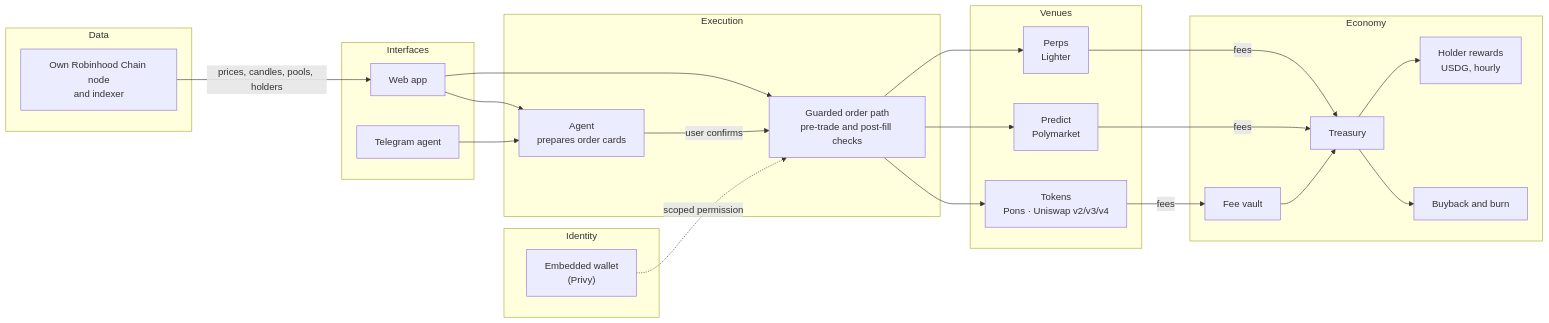
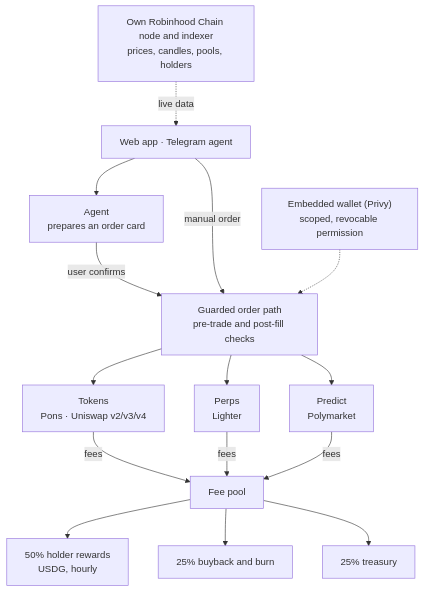
One commit to TryOnagi/onagi changed the diagram in README.md. Above: the diagram before and after it, drawn with Mermaid.

Commit message:
Make the architecture diagram vertical

````diff
--- a/README.md
+++ b/README.md
@@ -147,44 +147,24 @@
 ```mermaid
-flowchart LR
-    subgraph Interfaces
-        WEB["Web app"]
-        TG["Telegram agent"]
-    end
-    subgraph Identity
-        W["Embedded wallet<br/>(Privy)"]
-    end
-    subgraph Execution
-        AG["Agent<br/>prepares order cards"]
-        GU["Guarded order path<br/>pre-trade and post-fill checks"]
-    end
-    subgraph Venues
-        TK["Tokens<br/>Pons · Uniswap v2/v3/v4"]
-        PP["Perps<br/>Lighter"]
-        PR["Predict<br/>Polymarket"]
-    end
-    subgraph Data
-        NODE["Own Robinhood Chain node<br/>and indexer"]
-    end
-    subgraph Economy
-        FV["Fee vault"]
-        TR["Treasury"]
-        RW["Holder rewards<br/>USDG, hourly"]
-        BB["Buyback and burn"]
-    end
+flowchart TB
+    U["Web app · Telegram agent"]
+    AG["Agent<br/>prepares an order card"]
+    W["Embedded wallet (Privy)<br/>scoped, revocable permission"]
+    GU["Guarded order path<br/>pre-trade and post-fill checks"]
+    TK["Tokens<br/>Pons · Uniswap v2/v3/v4"]
+    PP["Perps<br/>Lighter"]
+    PR["Predict<br/>Polymarket"]
+    FP["Fee pool"]
+    RW["50% holder rewards<br/>USDG, hourly"]
+    BB["25% buyback and burn"]
+    TR["25% treasury"]
+    NODE["Own Robinhood Chain node and indexer<br/>prices, candles, pools, holders"]
 
-    WEB --> AG
-    TG --> AG
-    WEB --> GU
+    U --> AG
     AG -->|"user confirms"| GU
-    W -.->|"scoped permission"| GU
-    GU --> TK
-    GU --> PP
-    GU --> PR
-    NODE -->|"prices, candles, pools, holders"| WEB
-    TK -->|"fees"| FV
-    PP -->|"fees"| TR
-    PR -->|"fees"| TR
-    FV --> TR
-    TR --> RW
-    TR --> BB
+    U -->|"manual order"| GU
+    W -.-> GU
+    GU --> TK & PP & PR
+    TK & PP & PR -->|"fees"| FP
+    FP --> RW & BB & TR
+    NODE -.->|"live data"| U
 ```
````
